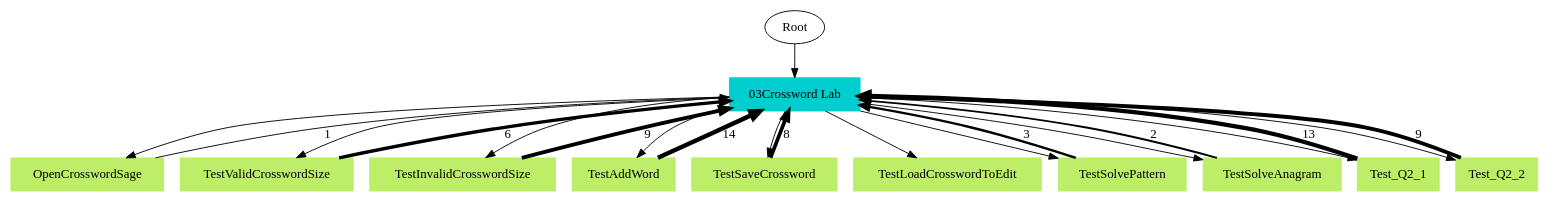
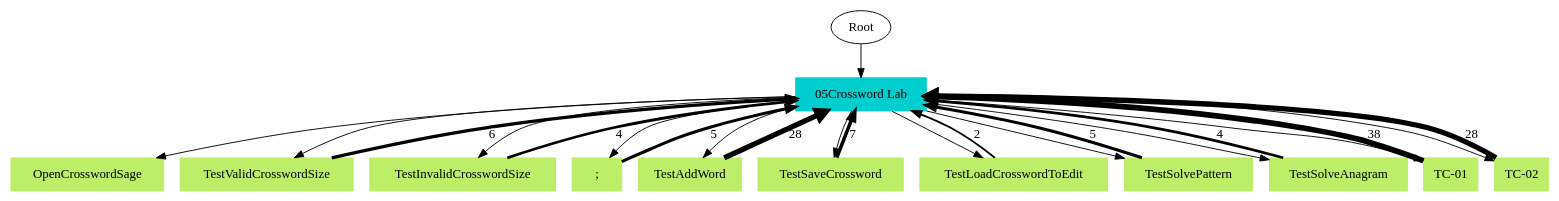
Before and after one commit to mypstom/robotide: the diagram in TS2TC.gv, drawn with Graphviz. The commit also changed 22 other files, not shown here.

Commit message:
CI放入圖中

```diff
--- a/TS2TC.gv
+++ b/TS2TC.gv
@@ -1,35 +1,38 @@
 // TS <-> TC
 digraph {
 	Root
-	"03Crossword Lab" [color=cyan3 shape=box style=filled]
-		Root -> "03Crossword Lab"
+	"05Crossword Lab" [color=cyan3 shape=box style=filled]
+		Root -> "05Crossword Lab"
 	OpenCrosswordSage [color=darkolivegreen2 shape=box style=filled]
-		"03Crossword Lab" -> OpenCrosswordSage
+		"05Crossword Lab" -> OpenCrosswordSage
 	TestValidCrosswordSize [color=darkolivegreen2 shape=box style=filled]
-		"03Crossword Lab" -> TestValidCrosswordSize
+		"05Crossword Lab" -> TestValidCrosswordSize
 	TestInvalidCrosswordSize [color=darkolivegreen2 shape=box style=filled]
-		"03Crossword Lab" -> TestInvalidCrosswordSize
+		"05Crossword Lab" -> TestInvalidCrosswordSize
+	";" [color=darkolivegreen2 shape=box style=filled]
+		"05Crossword Lab" -> ";"
 	TestAddWord [color=darkolivegreen2 shape=box style=filled]
-		"03Crossword Lab" -> TestAddWord
+		"05Crossword Lab" -> TestAddWord
 	TestSaveCrossword [color=darkolivegreen2 shape=box style=filled]
-		"03Crossword Lab" -> TestSaveCrossword
+		"05Crossword Lab" -> TestSaveCrossword
 	TestLoadCrosswordToEdit [color=darkolivegreen2 shape=box style=filled]
-		"03Crossword Lab" -> TestLoadCrosswordToEdit
+		"05Crossword Lab" -> TestLoadCrosswordToEdit
 	TestSolvePattern [color=darkolivegreen2 shape=box style=filled]
-		"03Crossword Lab" -> TestSolvePattern
+		"05Crossword Lab" -> TestSolvePattern
 	TestSolveAnagram [color=darkolivegreen2 shape=box style=filled]
-		"03Crossword Lab" -> TestSolveAnagram
-	Test_Q2_1 [color=darkolivegreen2 shape=box style=filled]
-		"03Crossword Lab" -> Test_Q2_1
-	Test_Q2_2 [color=darkolivegreen2 shape=box style=filled]
-		"03Crossword Lab" -> Test_Q2_2
-		TestInvalidCrosswordSize -> "03Crossword Lab" [label=9 penwidth=4.16992500144]
-		TestValidCrosswordSize -> "03Crossword Lab" [label=6 penwidth=3.58496250072]
-		TestSaveCrossword -> "03Crossword Lab" [label=8 penwidth=4.0]
-		TestSolveAnagram -> "03Crossword Lab" [label=2 penwidth=2.0]
-		Test_Q2_2 -> "03Crossword Lab" [label=9 penwidth=4.16992500144]
-		TestAddWord -> "03Crossword Lab" [label=14 penwidth=4.80735492206]
-		Test_Q2_1 -> "03Crossword Lab" [label=13 penwidth=4.70043971814]
-		TestSolvePattern -> "03Crossword Lab" [label=3 penwidth=2.58496250072]
-		OpenCrosswordSage -> "03Crossword Lab" [label=1 penwidth=1.0]
+		"05Crossword Lab" -> TestSolveAnagram
+	"TC-01" [color=darkolivegreen2 shape=box style=filled]
+		"05Crossword Lab" -> "TC-01"
+	"TC-02" [color=darkolivegreen2 shape=box style=filled]
+		"05Crossword Lab" -> "TC-02"
+		";" -> "05Crossword Lab" [label=5 penwidth=3.32192809489]
+		TestSolveAnagram -> "05Crossword Lab" [label=4 penwidth=3.0]
+		TestInvalidCrosswordSize -> "05Crossword Lab" [label=4 penwidth=3.0]
+		TestSaveCrossword -> "05Crossword Lab" [label=7 penwidth=3.80735492206]
+		TestValidCrosswordSize -> "05Crossword Lab" [label=6 penwidth=3.58496250072]
+		TestLoadCrosswordToEdit -> "05Crossword Lab" [label=2 penwidth=2.0]
+		"TC-01" -> "05Crossword Lab" [label=38 penwidth=6.24792751344]
+		TestAddWord -> "05Crossword Lab" [label=28 penwidth=5.80735492206]
+		"TC-02" -> "05Crossword Lab" [label=28 penwidth=5.80735492206]
+		TestSolvePattern -> "05Crossword Lab" [label=5 penwidth=3.32192809489]
 }
```
